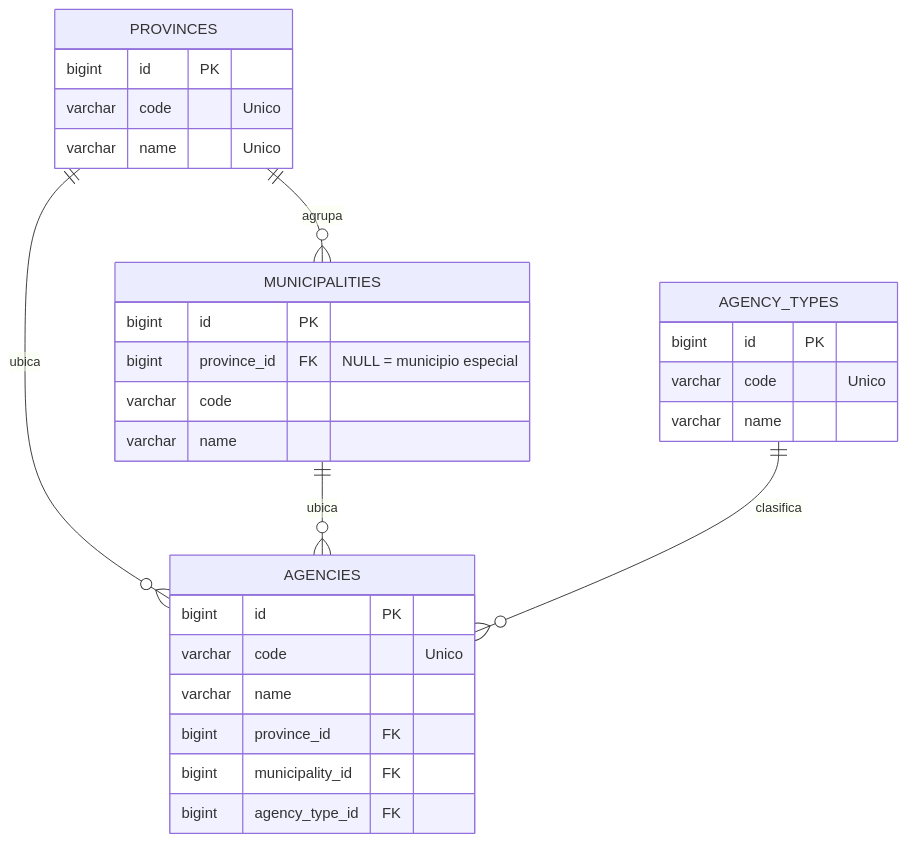
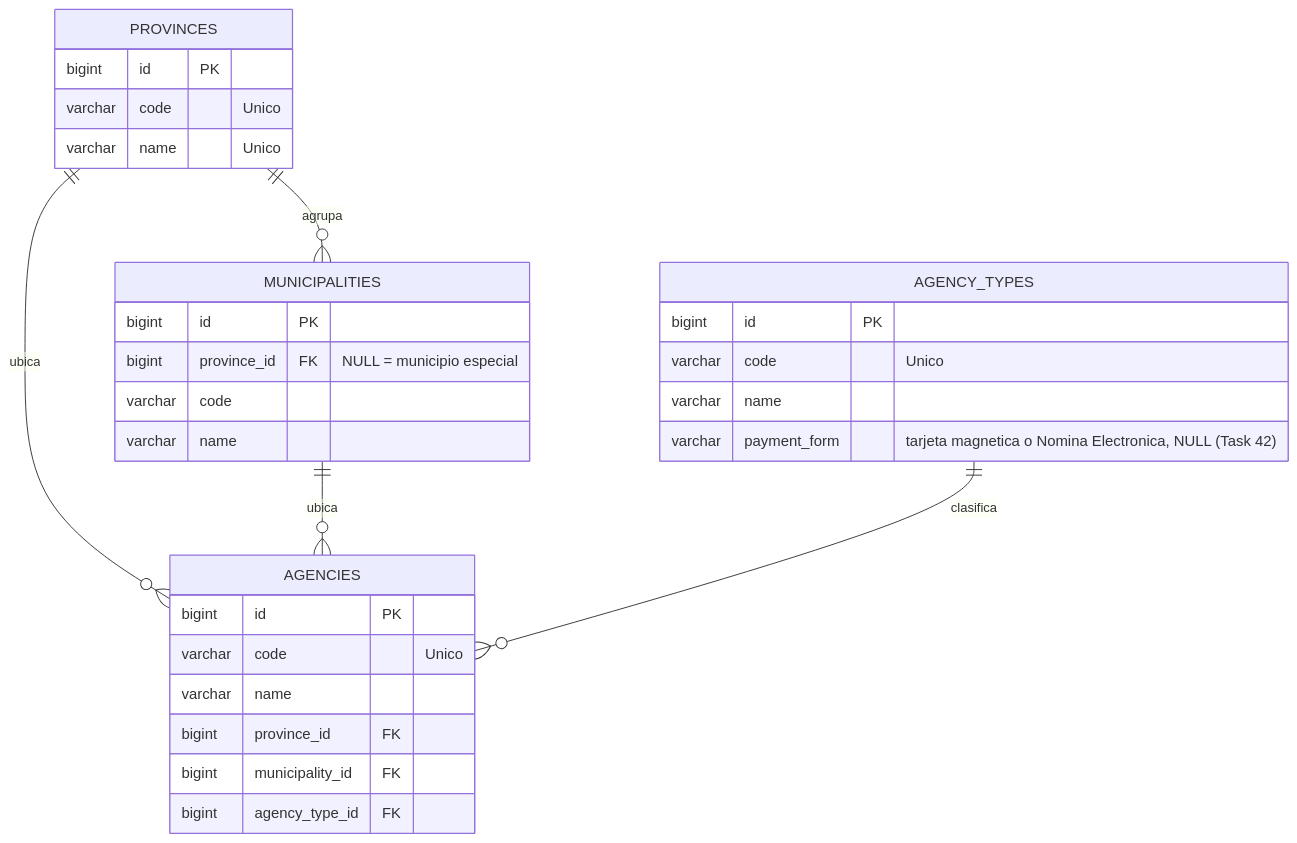
One commit to keniercb/inass_siss changed the second of 7 diagrams in download/Modelo de datos.md. Above: the diagram before and after it, drawn with Mermaid. The commit also changed other lines of this file and 4 other files, not shown here.

Commit message:
docs(SGP-36): payment form on agency types, promovente residence/collection data and concept percentage in the four documents (implementation pending validation)

````diff
--- a/download/Modelo de datos.md
+++ b/download/Modelo de datos.md
@@ -157,31 +160,32 @@
 ```mermaid
 erDiagram
     PROVINCES {
         bigint id PK
         varchar code "Unico"
         varchar name "Unico"
     }
     MUNICIPALITIES {
         bigint id PK
         bigint province_id FK "NULL = municipio especial"
         varchar code
         varchar name
     }
     AGENCY_TYPES {
         bigint id PK
         varchar code "Unico"
         varchar name
+        varchar payment_form "tarjeta magnetica o Nomina Electronica, NULL (Task 42)"
     }
     AGENCIES {
         bigint id PK
         varchar code "Unico"
         varchar name
         bigint province_id FK
         bigint municipality_id FK
         bigint agency_type_id FK
     }
     PROVINCES ||--o{ MUNICIPALITIES : "agrupa"
     PROVINCES ||--o{ AGENCIES : "ubica"
     MUNICIPALITIES ||--o{ AGENCIES : "ubica"
     AGENCY_TYPES ||--o{ AGENCIES : "clasifica"
 ```
````
